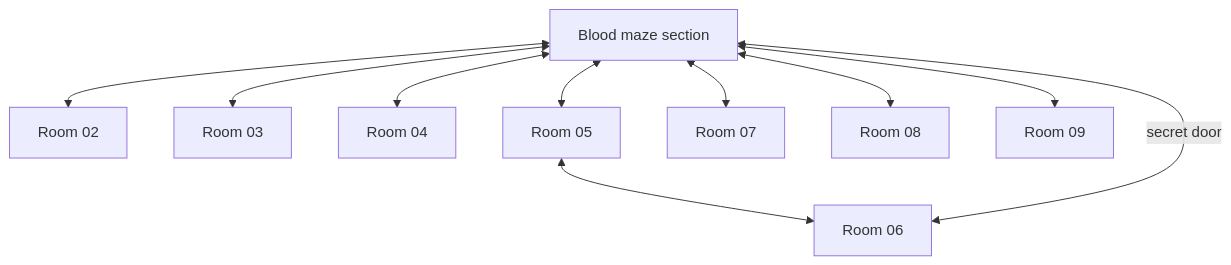
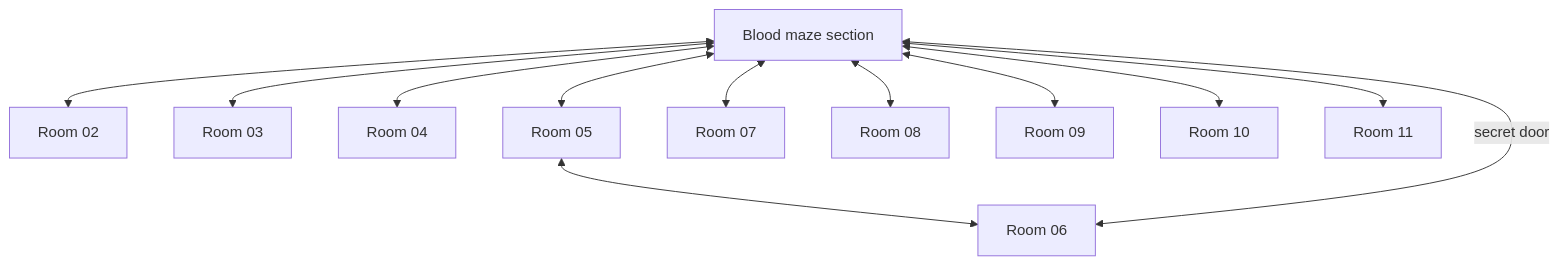
Before and after one commit to SlothBorg/Dungeon23: the third of 3 diagrams in Dungeon/Level_03/README.md, drawn with Mermaid. The commit also changed 4 other files, not shown here.

````diff
--- a/Dungeon/Level_03/README.md
+++ b/Dungeon/Level_03/README.md
@@ -23,11 +23,13 @@
 ```mermaid
 flowchart TD
     Blood[Blood maze section] <-->C2[Room 02]
     Blood <--> C3[Room 03]
     Blood <--> C4[Room 04]
     Blood <--> C5[Room 05] <--> C6[Room 06] <-- secret door --> Blood
     Blood <--> C7[Room 07]
     Blood <--> C8[Room 08]
     Blood <--> C9[Room 09]
+    Blood <--> C10[Room 10]
+    Blood <--> C11[Room 11]
 
 ```
````
